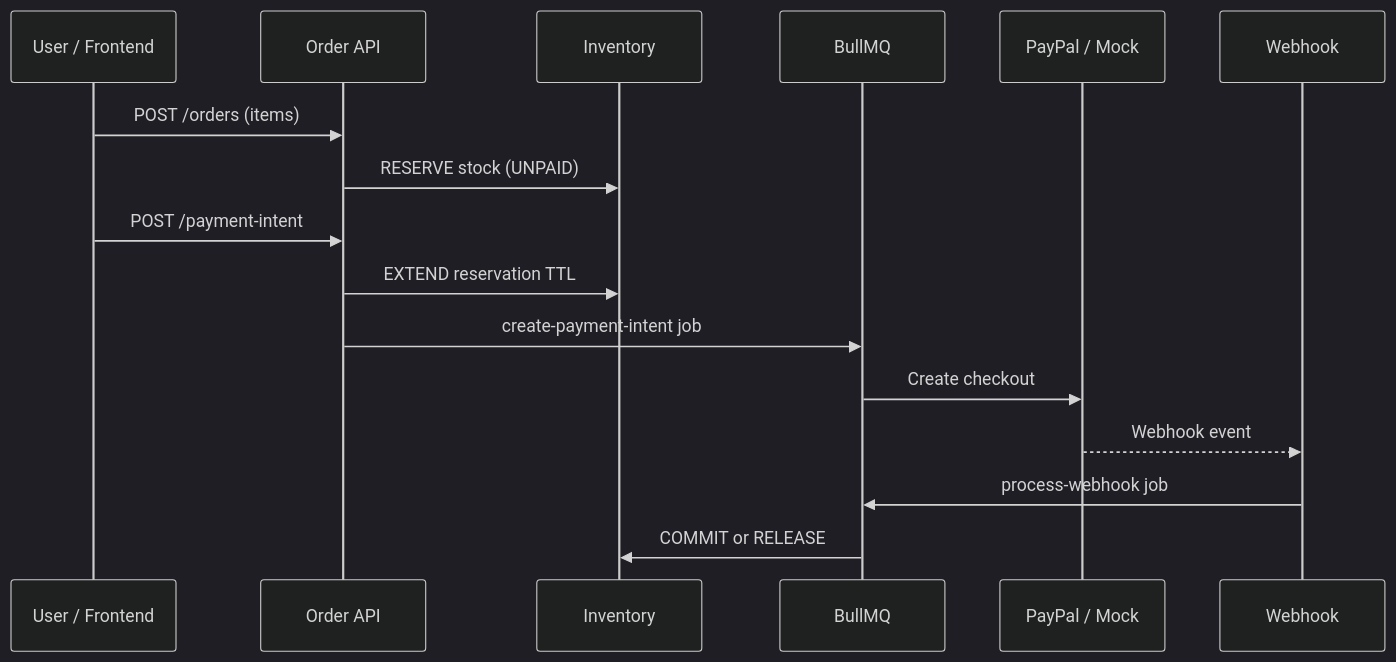
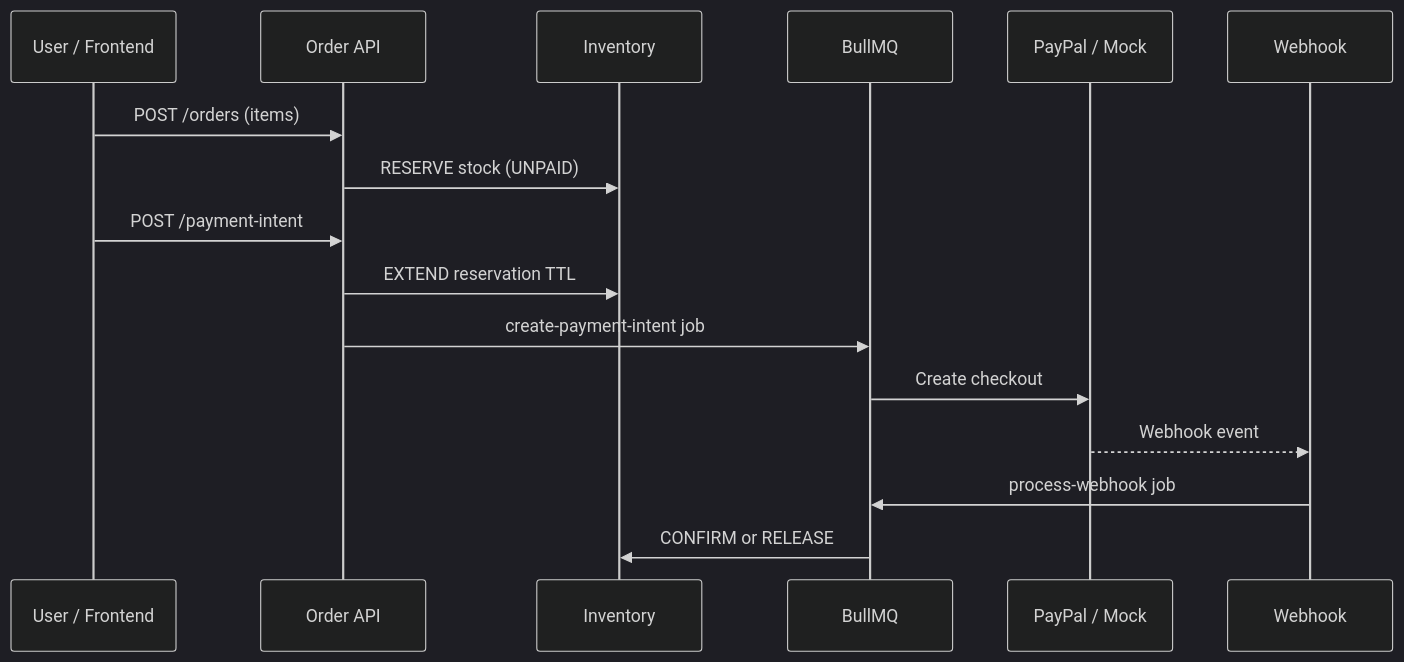
Before and after one commit to junyuenchong/payment-gateway-paypal-architecture: the first of 2 diagrams in docs/paymentflow.md, drawn with Mermaid (dark theme). The commit also changed other lines of this file and 30 other files, not shown here.

````diff
--- a/docs/paymentflow.md
+++ b/docs/paymentflow.md
@@ -39,19 +39,19 @@
 ```mermaid
 sequenceDiagram
   participant U as User / Frontend
   participant O as Order API
   participant I as Inventory
   participant Q as BullMQ
   participant G as PayPal / Mock
   participant W as Webhook
 
   U->>O: POST /orders (items)
   O->>I: RESERVE stock (UNPAID)
   U->>O: POST /payment-intent
   O->>I: EXTEND reservation TTL
   O->>Q: create-payment-intent job
   Q->>G: Create checkout
   G-->>W: Webhook event
   W->>Q: process-webhook job
-  Q->>I: COMMIT or RELEASE
+  Q->>I: CONFIRM or RELEASE
 ```
````
